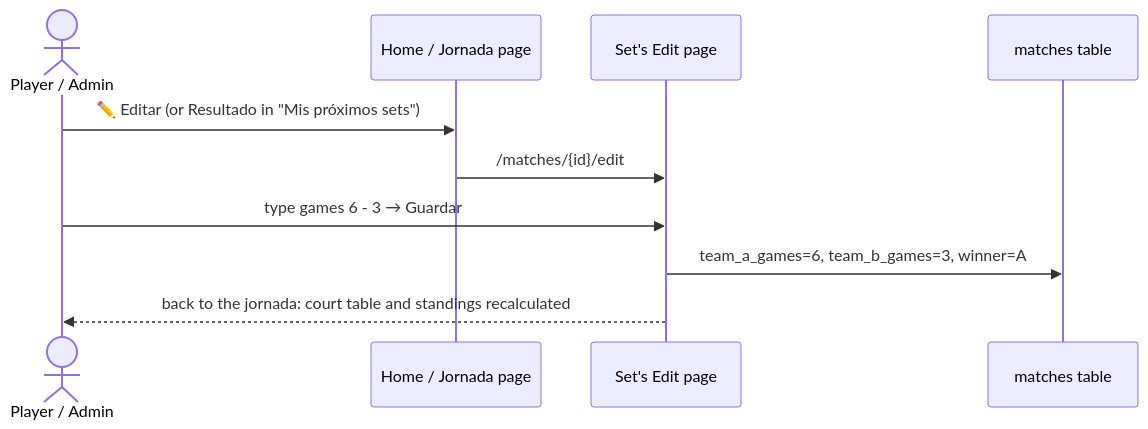
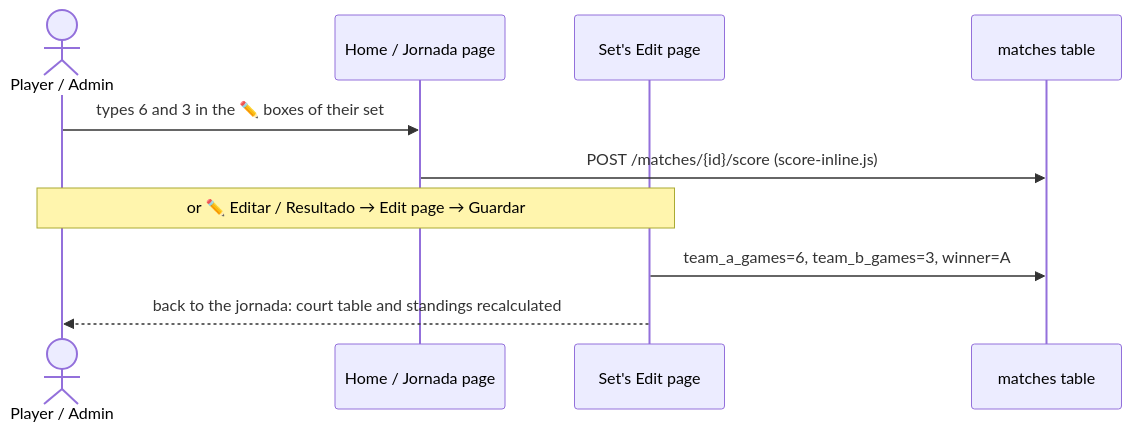
Before and after one commit to Sorrycion/PadelScore: the second of 2 diagrams in docs/processes/SETS.md, drawn with Mermaid. The commit also changed other lines of this file and 14 other files, not shown here.

First line of the commit message:
﻿✏️ Players score only their own sets, typing in the card's boxes

````diff
--- a/docs/processes/SETS.md
+++ b/docs/processes/SETS.md
@@ -47,12 +61,12 @@
 ```mermaid
 sequenceDiagram
     actor P as Player / Admin
     participant H as Home / Jornada page
     participant E as Set's Edit page
     participant DB as matches table
-    P->>H: ✏️ Editar (or Resultado in "Mis próximos sets")
-    H->>E: /matches/{id}/edit
-    P->>E: type games 6 - 3 → Guardar
+    P->>H: types 6 and 3 in the ✏️ boxes of their set
+    H->>DB: POST /matches/{id}/score (score-inline.js)
+    Note over P,E: or ✏️ Editar / Resultado → Edit page → Guardar
     E->>DB: team_a_games=6, team_b_games=3, winner=A
     E-->>P: back to the jornada: court table and standings recalculated
 ```
````
